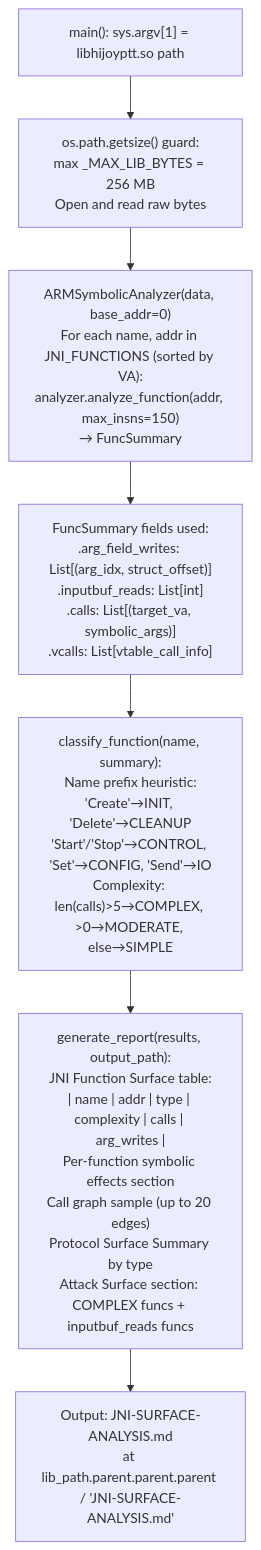
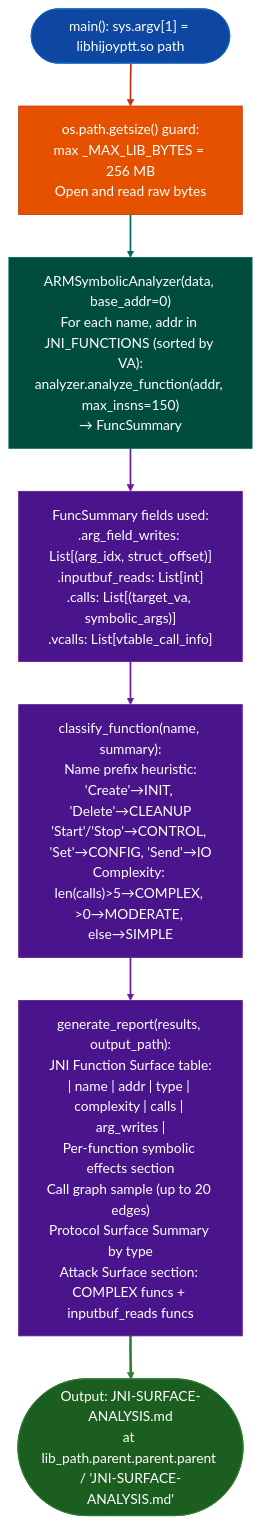
Before and after one commit to Ablation-Tool/ablation: the diagram in docs/reference-modules/analyze-all-jni.md, drawn with Mermaid. The commit also changed 320 other files, not shown here.

First line of the commit message:
docs: apply canonical Mermaid template to all 321 diagrams

````diff
--- a/docs/reference-modules/analyze-all-jni.md
+++ b/docs/reference-modules/analyze-all-jni.md
@@ -19,9 +19,21 @@
 ```mermaid
 flowchart TD
-    A["main(): sys.argv[1] = libhijoyptt.so path"] --> B["os.path.getsize() guard:\nmax _MAX_LIB_BYTES = 256 MB\nOpen and read raw bytes"]
-    B --> C["ARMSymbolicAnalyzer(data, base_addr=0)\nFor each name, addr in JNI_FUNCTIONS (sorted by VA):\nanalyzer.analyze_function(addr, max_insns=150)\n→ FuncSummary"]
-    C --> D["FuncSummary fields used:\n.arg_field_writes: List[(arg_idx, struct_offset)]\n.inputbuf_reads: List[int]\n.calls: List[(target_va, symbolic_args)]\n.vcalls: List[vtable_call_info]"]
-    D --> E["classify_function(name, summary):\nName prefix heuristic:\n'Create'→INIT, 'Delete'→CLEANUP\n'Start'/'Stop'→CONTROL, 'Set'→CONFIG, 'Send'→IO\nComplexity: len(calls)>5→COMPLEX, >0→MODERATE, else→SIMPLE"]
-    E --> F["generate_report(results, output_path):\nJNI Function Surface table:\n| name | addr | type | complexity | calls | arg_writes |\nPer-function symbolic effects section\nCall graph sample (up to 20 edges)\nProtocol Surface Summary by type\nAttack Surface section: COMPLEX funcs + inputbuf_reads funcs"]
-    F --> G["Output: JNI-SURFACE-ANALYSIS.md\nat lib_path.parent.parent.parent / 'JNI-SURFACE-ANALYSIS.md'"]
+    A(["main(): sys.argv[1] = libhijoyptt.so path"]):::input --> B["os.path.getsize() guard:\nmax _MAX_LIB_BYTES = 256 MB\nOpen and read raw bytes"]:::primary
+    B:::primary --> C["ARMSymbolicAnalyzer(data, base_addr=0)\nFor each name, addr in JNI_FUNCTIONS (sorted by VA):\nanalyzer.analyze_function(addr, max_insns=150)\n→ FuncSummary"]:::secondary
+    C:::secondary --> D["FuncSummary fields used:\n.arg_field_writes: List[(arg_idx, struct_offset)]\n.inputbuf_reads: List[int]\n.calls: List[(target_va, symbolic_args)]\n.vcalls: List[vtable_call_info]"]:::tertiary
+    D:::tertiary --> E["classify_function(name, summary):\nName prefix heuristic:\n'Create'→INIT, 'Delete'→CLEANUP\n'Start'/'Stop'→CONTROL, 'Set'→CONFIG, 'Send'→IO\nComplexity: len(calls)>5→COMPLEX, >0→MODERATE, else→SIMPLE"]:::tertiary
+    E:::tertiary --> F["generate_report(results, output_path):\nJNI Function Surface table:\n| name | addr | type | complexity | calls | arg_writes |\nPer-function symbolic effects section\nCall graph sample (up to 20 edges)\nProtocol Surface Summary by type\nAttack Surface section: COMPLEX funcs + inputbuf_reads funcs"]:::tertiary
+    F:::tertiary --> G(["Output: JNI-SURFACE-ANALYSIS.md\nat lib_path.parent.parent.parent / 'JNI-SURFACE-ANALYSIS.md'"]):::output
+    classDef input     fill:#0d47a1,stroke:#1565c0,color:#fff
+    classDef primary   fill:#e65100,stroke:#bf360c,color:#fff
+    classDef secondary fill:#004d40,stroke:#00695c,color:#fff
+    classDef tertiary  fill:#4a148c,stroke:#6a1b9a,color:#fff
+    classDef neutral   fill:#37474f,stroke:#546e7a,color:#fff
+    classDef output    fill:#1b5e20,stroke:#2e7d32,color:#fff
+    linkStyle 0 stroke:#bf360c,stroke-width:2px
+    linkStyle 1 stroke:#00695c,stroke-width:2px
+    linkStyle 2 stroke:#6a1b9a,stroke-width:2px
+    linkStyle 3 stroke:#6a1b9a,stroke-width:2px
+    linkStyle 4 stroke:#6a1b9a,stroke-width:2px
+    linkStyle 5 stroke:#2e7d32,stroke-width:3px
 ```
````
